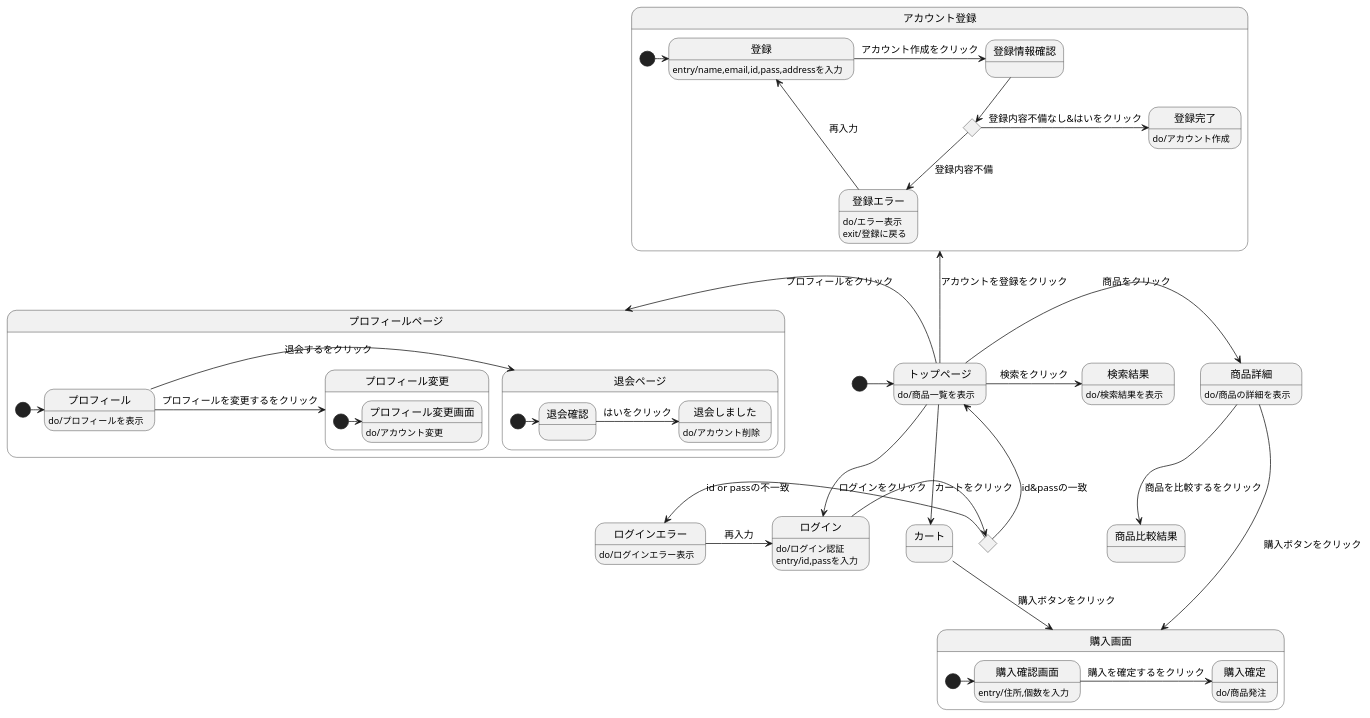
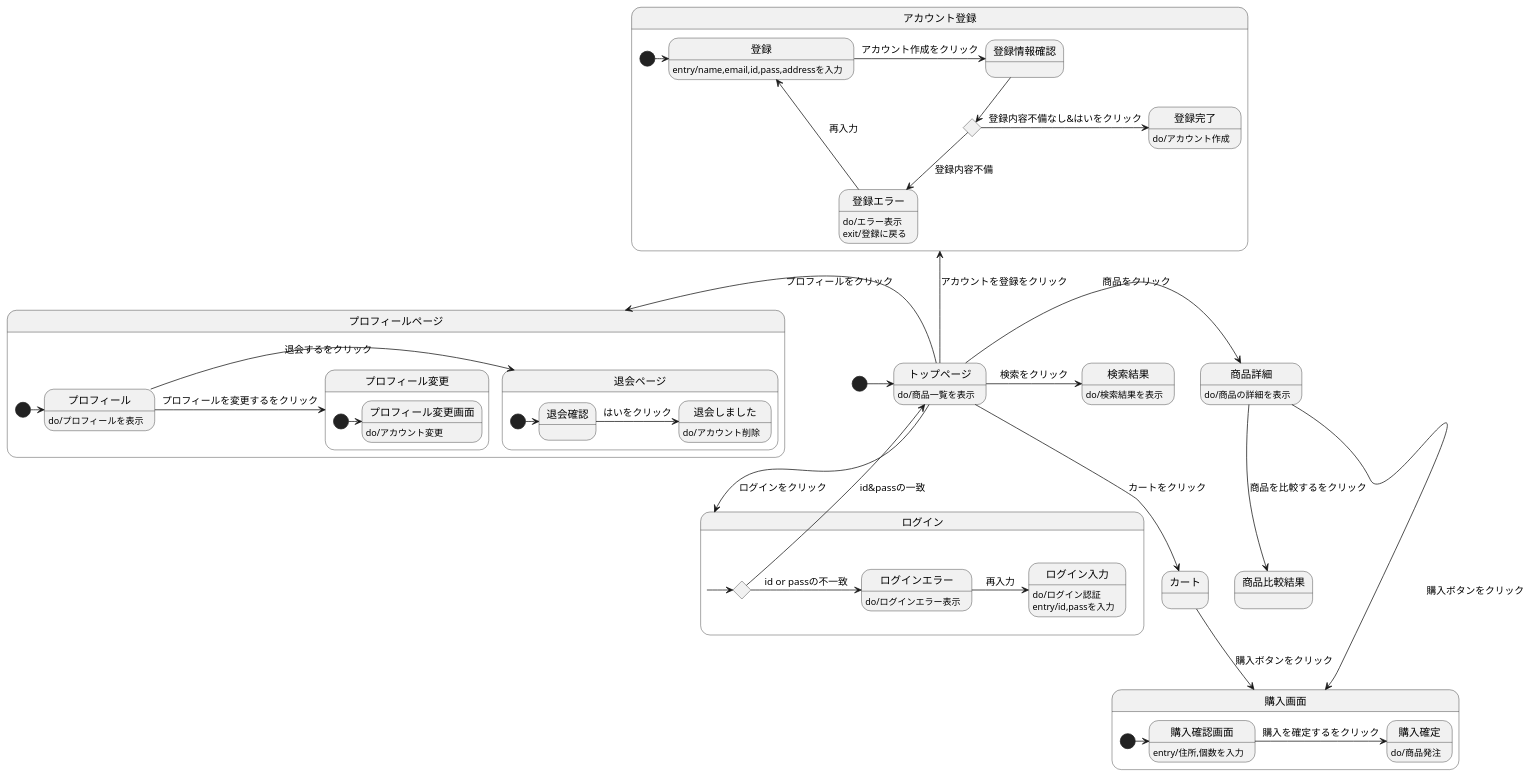
Before and after one commit to Aso2001159/2021sys-design: the diagram in stm01.md, drawn with PlantUML.

````diff
--- a/stm01.md
+++ b/stm01.md
@@ -1,61 +1,63 @@
 ```uml
 
 @startuml
 [*]->トップページ
 トップページ : do/商品一覧を表示
 トップページ->商品詳細 : 商品をクリック
   商品詳細 : do/商品の詳細を表示
   商品詳細 --> 商品比較結果 : 商品を比較するをクリック
   商品詳細-> 購入画面 :　購入ボタンをクリック
 トップページ-down->ログイン :ログインをクリック
+state ログイン{
   state r確認 <<choice>>
-  ログイン : do/ログイン認証
-  ログイン : entry/id,passを入力
+  ログイン入力 : do/ログイン認証
+  ログイン入力 : entry/id,passを入力
   ログイン -> r確認
   r確認 -> ログインエラー : id or passの不一致
   r確認 -> トップページ : id&passの一致
     ログインエラー :do/ログインエラー表示
-  ログインエラー -> ログイン : 再入力
+  ログインエラー -> ログイン入力 : 再入力
+}
 トップページ-->カート :カートをクリック
 カート --> 購入画面 : 購入ボタンをクリック
 state 購入画面{
   [*]-> 購入確認画面
   購入確認画面 : entry/住所,個数を入力
   購入確認画面 -> 購入確定 : 購入を確定するをクリック
   購入確定 : do/商品発注
 }
 state アカウント登録{
 [*]-> 登録 
   トップページ-up-> アカウント登録 :アカウントを登録をクリック
   state t確認 <<choice>>
   登録 : entry/name,email,id,pass,addressを入力
   登録 ->登録情報確認: アカウント作成をクリック
   登録情報確認 --> t確認 
   t確認 --> 登録エラー : 登録内容不備
     登録エラー : do/エラー表示
     登録エラー : exit/登録に戻る
    登録エラー -> 登録 : 再入力
   t確認 -> 登録完了: 登録内容不備なし&はいをクリック
     登録完了: do/アカウント作成
   }
 トップページ->検索結果 :検索をクリック
   検索結果 : do/検索結果を表示
 トップページ-left->プロフィールページ :プロフィールをクリック
 state プロフィールページ{
 [*] -> プロフィール
 プロフィール : do/プロフィールを表示
   プロフィール ->退会ページ :退会するをクリック
   state 退会ページ{
     [*]-> 退会確認 
     退会確認-> 退会しました : はいをクリック
       退会しました : do/アカウント削除
     }
     プロフィール -> プロフィール変更 : プロフィールを変更するをクリック
     state プロフィール変更{
       [*]-> プロフィール変更画面
       プロフィール変更画面 : do/アカウント変更
     }
  }
 @enduml
 
 ```
````
